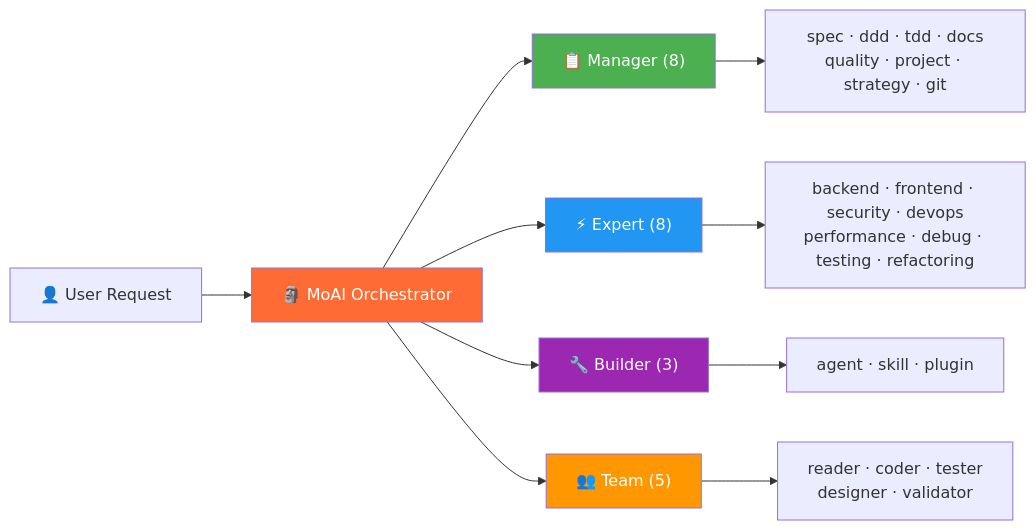
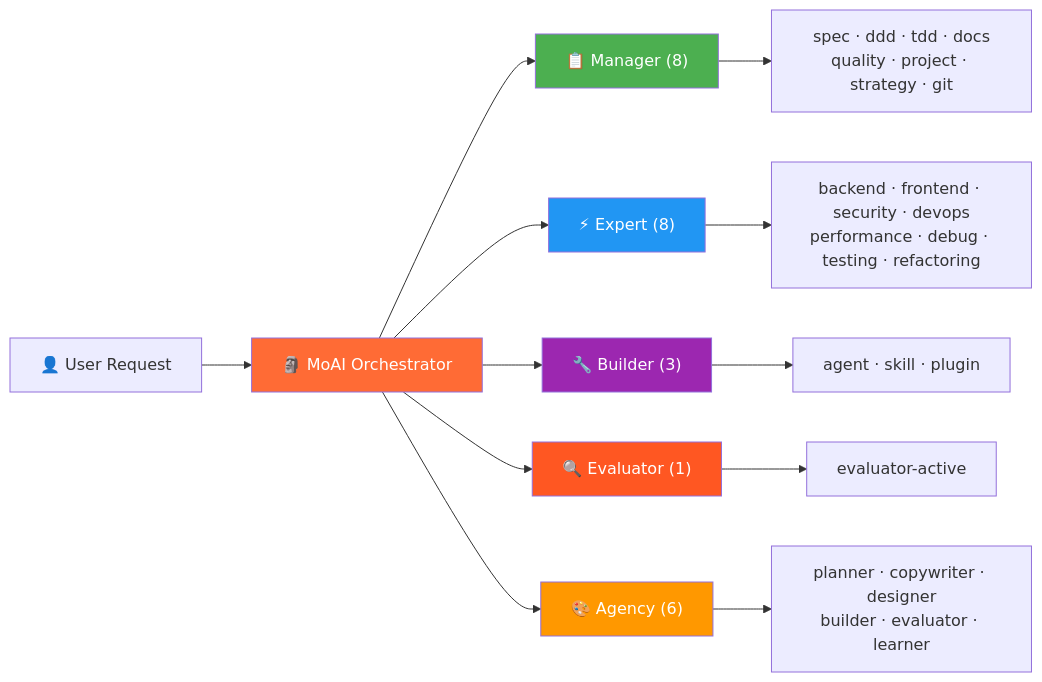
Before and after one commit to modu-ai/moai-adk: the third of 10 diagrams in README.md, drawn with Mermaid. The commit also changed other lines of this file and 3 other files, not shown here.

````diff
--- a/README.md
+++ b/README.md
@@ -263,20 +263,23 @@
 ```mermaid
 graph LR
     U["👤 User Request"] --> M["🗿 MoAI Orchestrator"]
 
     M --> MG["📋 Manager (8)"]
     M --> EX["⚡ Expert (8)"]
     M --> BL["🔧 Builder (3)"]
-    M --> TM["👥 Team (5)"]
+    M --> EV["🔍 Evaluator (1)"]
+    M --> AG["🎨 Agency (6)"]
 
     MG --> MG1["spec · ddd · tdd · docs<br/>quality · project · strategy · git"]
     EX --> EX1["backend · frontend · security · devops<br/>performance · debug · testing · refactoring"]
     BL --> BL1["agent · skill · plugin"]
-    TM --> TM1["reader · coder · tester<br/>designer · validator"]
+    EV --> EV1["evaluator-active"]
+    AG --> AG1["planner · copywriter · designer<br/>builder · evaluator · learner"]
 
     style M fill:#FF6B35,color:#fff
     style MG fill:#4CAF50,color:#fff
     style EX fill:#2196F3,color:#fff
     style BL fill:#9C27B0,color:#fff
-    style TM fill:#FF9800,color:#fff
+    style EV fill:#FF5722,color:#fff
+    style AG fill:#FF9800,color:#fff
 ```
````
